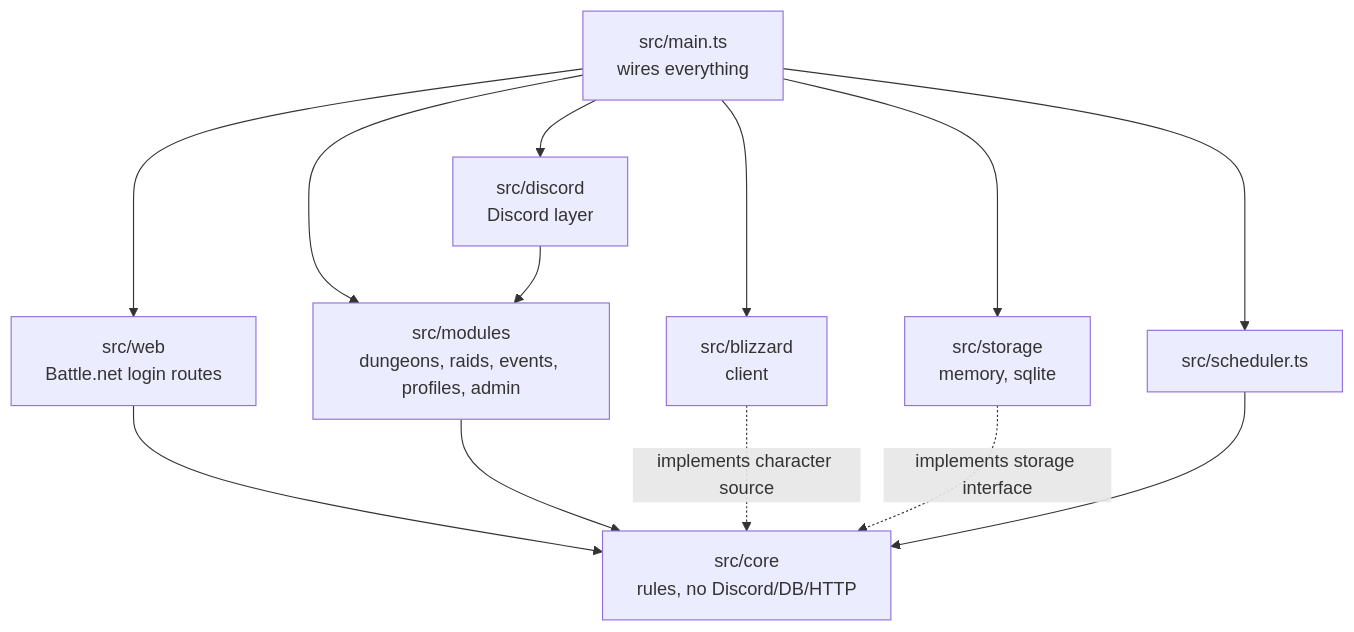
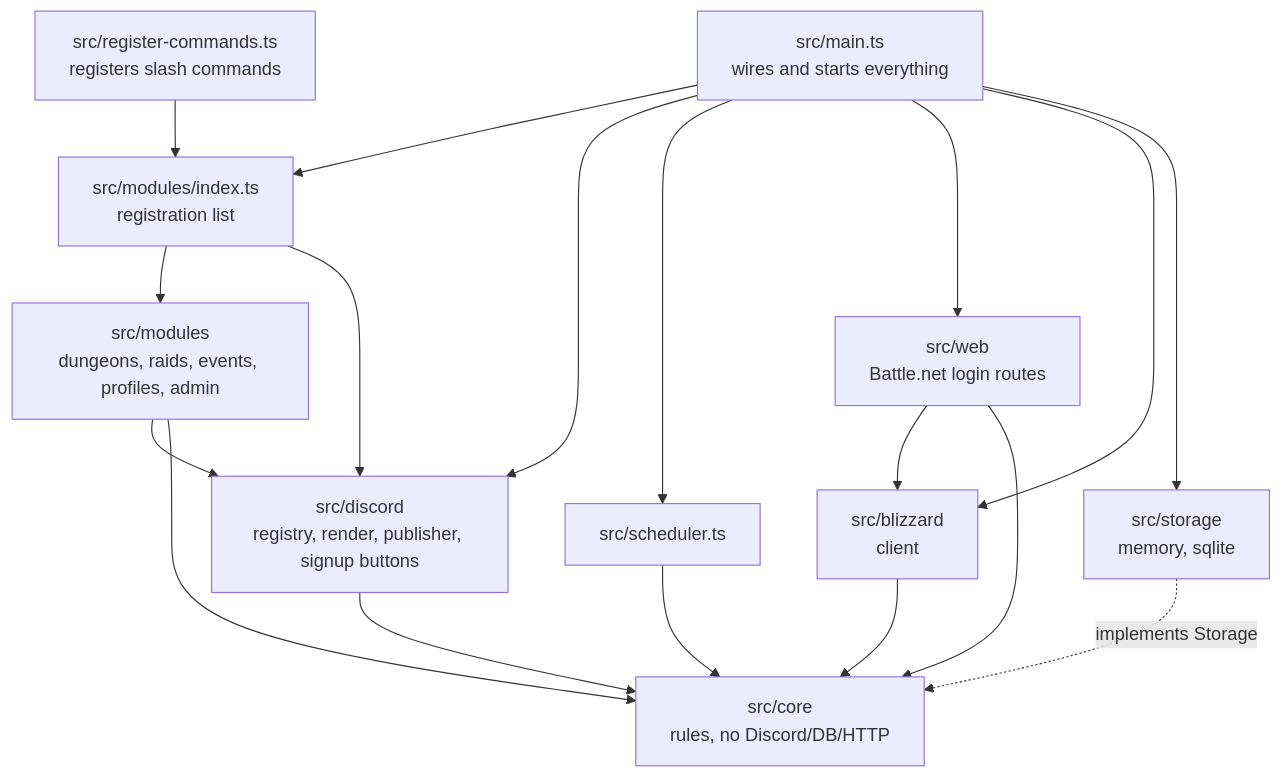
The second of 7 diagrams in docs/architecture/arc42.md (brookflok/dungeon-raid-discord-bot), drawn with Mermaid before and after one commit. The commit also changed other lines of this file and 16 other files, not shown here.

````diff
--- a/docs/architecture/arc42.md
+++ b/docs/architecture/arc42.md
@@ -99,24 +99,31 @@
 ```mermaid
 flowchart TD
-    main[src/main.ts<br/>wires everything]
-    discord[src/discord<br/>Discord layer]
+    main[src/main.ts<br/>wires and starts everything]
+    register[src/register-commands.ts<br/>registers slash commands]
+    list[src/modules/index.ts<br/>registration list]
+    modules[src/modules<br/>dungeons, raids, events, profiles, admin]
+    discord[src/discord<br/>registry, render, publisher, signup buttons]
     web[src/web<br/>Battle.net login routes]
     blizzard[src/blizzard<br/>client]
-    modules[src/modules<br/>dungeons, raids, events, profiles, admin]
+    scheduler[src/scheduler.ts]
+    storage[src/storage<br/>memory, sqlite]
     core[src/core<br/>rules, no Discord/DB/HTTP]
-    storage[src/storage<br/>memory, sqlite]
-    scheduler[src/scheduler.ts]
 
+    main --> list
+    register --> list
+    list --> modules
+    list --> discord
     main --> discord
+    main --> scheduler
     main --> web
     main --> blizzard
     main --> storage
-    main --> scheduler
-    main --> modules
-    discord --> modules
+    modules --> discord
+    modules --> core
+    discord --> core
+    scheduler --> core
+    web --> blizzard
     web --> core
-    modules --> core
-    blizzard -. implements character source .-> core
-    storage -. implements storage interface .-> core
-    scheduler --> core
+    blizzard --> core
+    storage -. implements Storage .-> core
 ```
````
